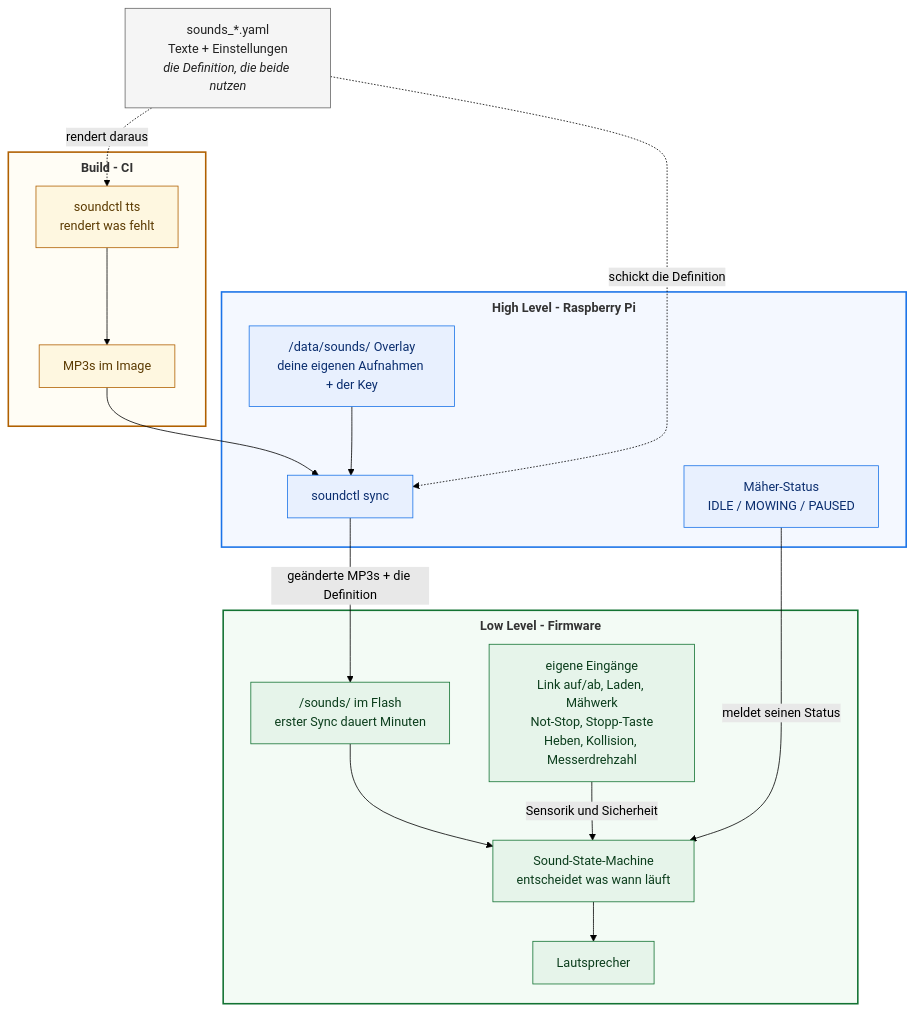
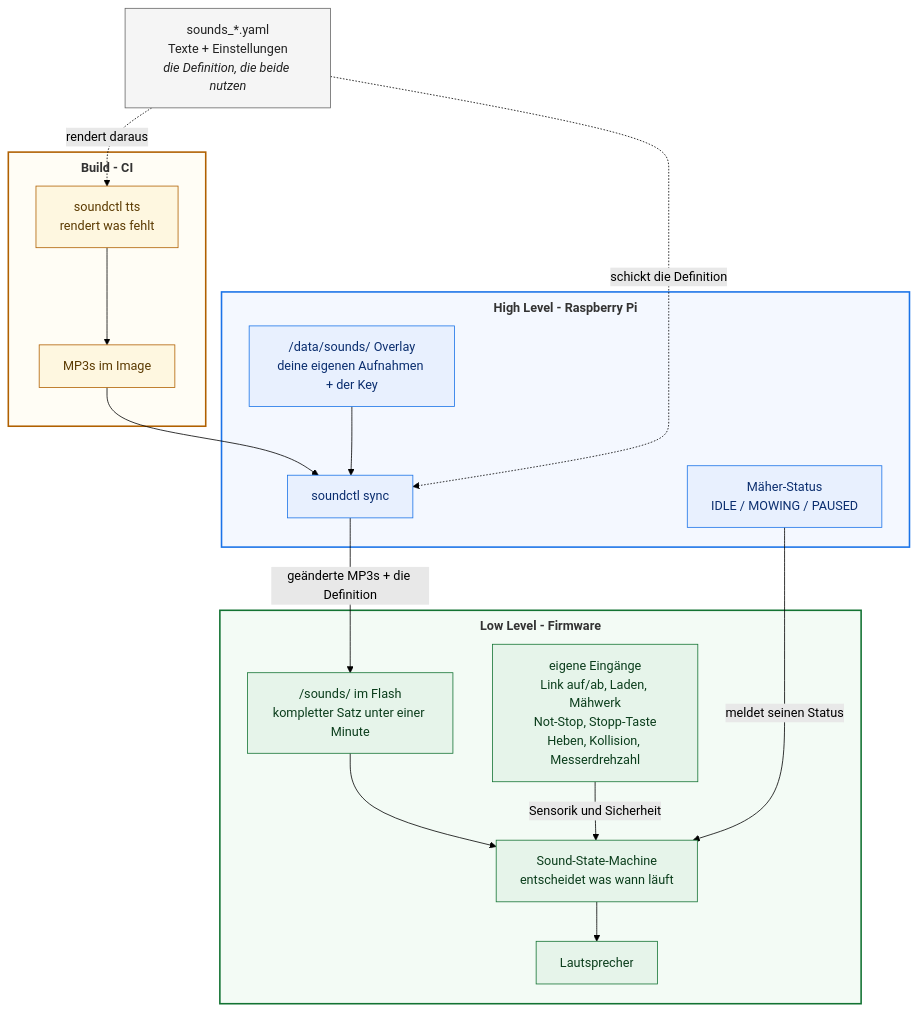
One commit to ClemensElflein/openmower.de changed the diagram in content/de/docs/Knowledge-Base/configuration/sound/index.md. Above: the diagram before and after it, drawn with Mermaid (forest theme). The commit also changed other lines of this file and 1 other file, not shown here.

Commit message:
docs(sound): the sync is much fast now

````diff
--- a/content/de/docs/Knowledge-Base/configuration/sound/index.md
+++ b/content/de/docs/Knowledge-Base/configuration/sound/index.md
@@ -44,41 +44,41 @@
 ```mermaid
 %%{init: {"flowchart": {"subGraphTitleMargin": {"top": 8, "bottom": 10}}}}%%
 flowchart TD
     Y["sounds_*.yaml<br/>Texte + Einstellungen<br/><i>die Definition, die beide nutzen</i>"]
     subgraph BUILD["<b>Build - CI</b>"]
         T["soundctl tts<br/>rendert was fehlt"]
         O["MP3s im Image"]
     end
     subgraph HL["<b>High Level - Raspberry Pi</b>"]
         OV["/data/sounds/ Overlay<br/>deine eigenen Aufnahmen + der Key"]
         S["soundctl sync"]
         R["Mäher-Status<br/>IDLE / MOWING / PAUSED"]
     end
     subgraph LL["<b>Low Level - Firmware</b>"]
-        F["/sounds/ im Flash<br/>erster Sync dauert Minuten"]
+        F["/sounds/ im Flash<br/>kompletter Satz unter einer Minute"]
         IN["eigene Eingänge<br/>Link auf/ab, Laden, Mähwerk<br/>Not-Stop, Stopp-Taste<br/>Heben, Kollision, Messerdrehzahl"]
         M["Sound-State-Machine<br/>entscheidet was wann läuft"]
         P["Lautsprecher"]
     end
     Y -.->|"rendert daraus"| T
     Y -.->|"schickt die Definition"| S
     T --> O
     O --> S
     OV --> S
     S -->|"geänderte MP3s + die Definition"| F
     R -->|"meldet seinen Status"| M
     IN -->|"Sensorik und Sicherheit"| M
     F --> M
     M --> P
     classDef src fill:#f5f5f5,stroke:#666666,color:#222222
     classDef build fill:#fef7e0,stroke:#b06000,color:#5b3a00
     classDef hl fill:#e8f0fe,stroke:#1a73e8,color:#0b2e6f
     classDef ll fill:#e6f4ea,stroke:#137333,color:#0b3d1c
     class Y src
     class T,O build
     class OV,S,R hl
     class F,IN,M,P ll
     style BUILD fill:#fffdf5,stroke:#b06000,stroke-width:2px
     style HL fill:#f4f8ff,stroke:#1a73e8,stroke-width:2px
     style LL fill:#f3fbf5,stroke:#137333,stroke-width:2px
 ```
````
